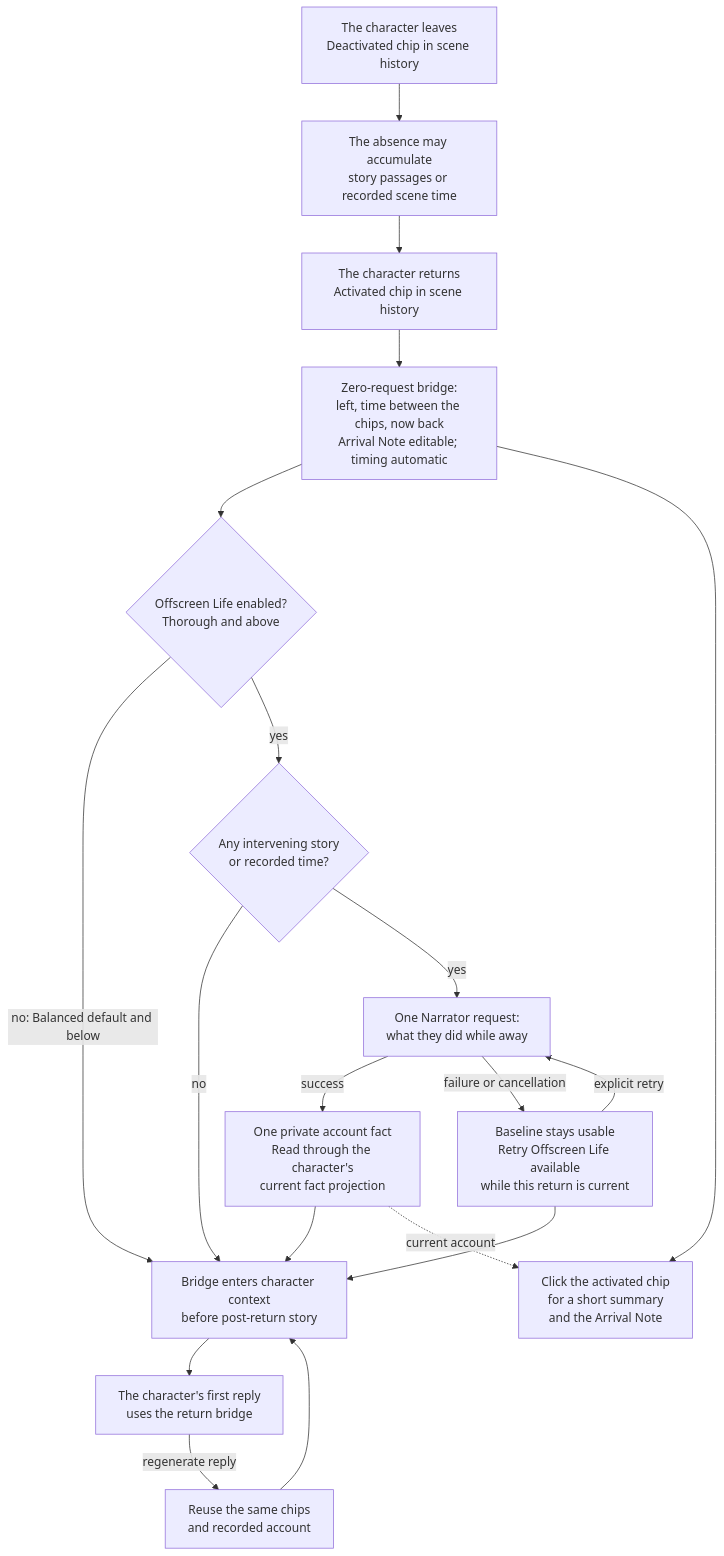
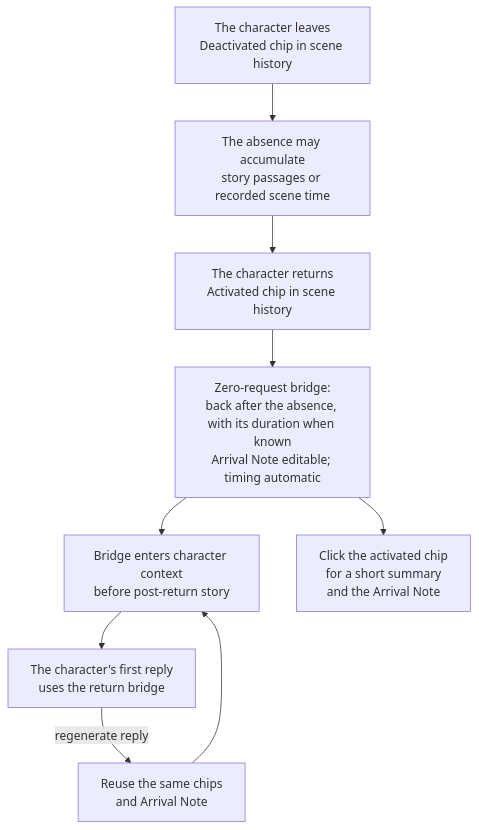
The first of 6 diagrams in docs/user-guide/world-editor/knowledge-how-it-works.md (vegu-ai/talemate), drawn with Mermaid before and after one commit. The commit also changed other lines of this file and 61 other files, not shown here.

First line of the commit message:
Remove Offscreen Life and clarify character absence context (#694)

````diff
--- a/docs/user-guide/world-editor/knowledge-how-it-works.md
+++ b/docs/user-guide/world-editor/knowledge-how-it-works.md
@@ -26,21 +26,11 @@
 ```mermaid
 flowchart TD
     A["The character leaves<br/>Deactivated chip in scene history"] --> B["The absence may accumulate<br/>story passages or recorded scene time"]
     B --> C["The character returns<br/>Activated chip in scene history"]
-    C --> D["Zero-request bridge:<br/>left, time between the chips, now back<br/>Arrival Note editable; timing automatic"]
-    D --> E{"Offscreen Life enabled?<br/>Thorough and above"}
-    E -- "no: Balanced default and below" --> H["Bridge enters character context<br/>before post-return story"]
-    E -- "yes" --> F{"Any intervening story<br/>or recorded time?"}
-    F -- "no" --> H
-    F -- "yes" --> G["One Narrator request:<br/>what they did while away"]
-    G -- "success" --> P["One private account fact<br/>Read through the character's<br/>current fact projection"]
-    P --> H
-    G -- "failure or cancellation" --> X["Baseline stays usable<br/>Retry Offscreen Life available<br/>while this return is current"]
-    X --> H
-    X -- "explicit retry" --> G
+    C --> D["Zero-request bridge:<br/>back after the absence, with its duration when known<br/>Arrival Note editable; timing automatic"]
+    D --> H["Bridge enters character context<br/>before post-return story"]
     D --> I["Click the activated chip<br/>for a short summary<br/>and the Arrival Note"]
-    P -. "current account" .-> I
     H --> R["The character's first reply<br/>uses the return bridge"]
-    R -- "regenerate reply" --> K["Reuse the same chips<br/>and recorded account"]
+    R -- "regenerate reply" --> K["Reuse the same chips<br/>and Arrival Note"]
     K --> H
 ```
````
